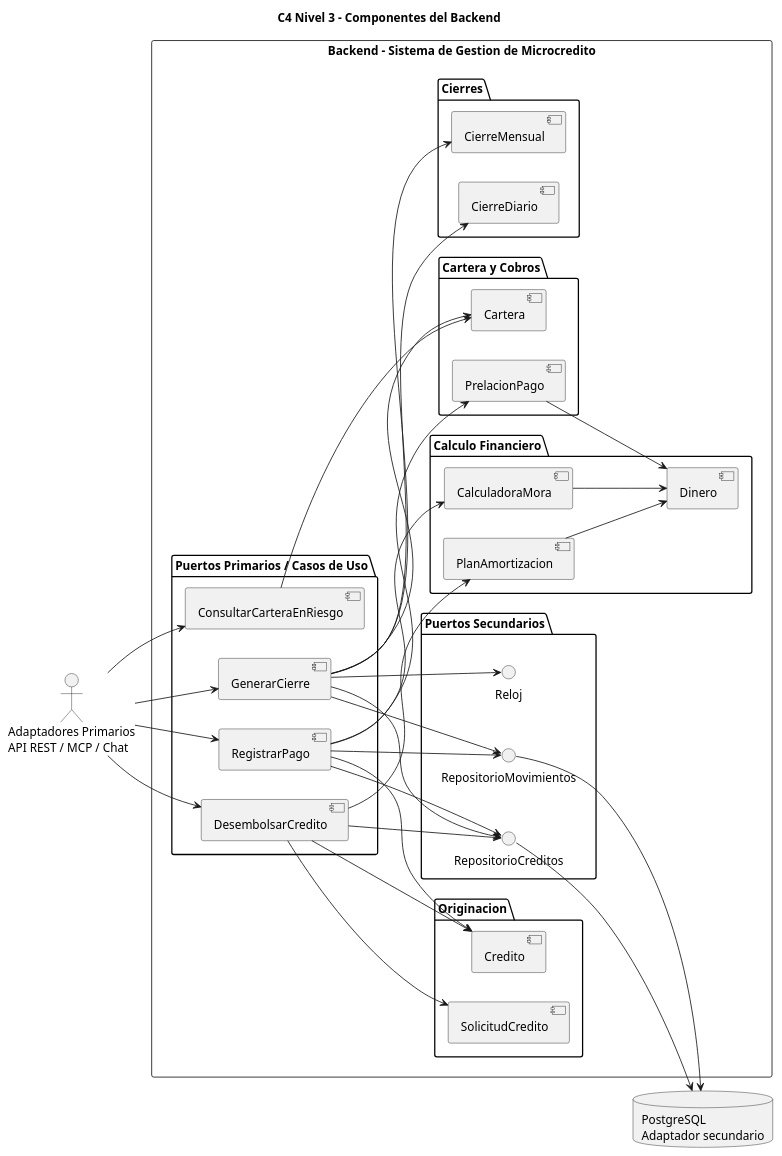
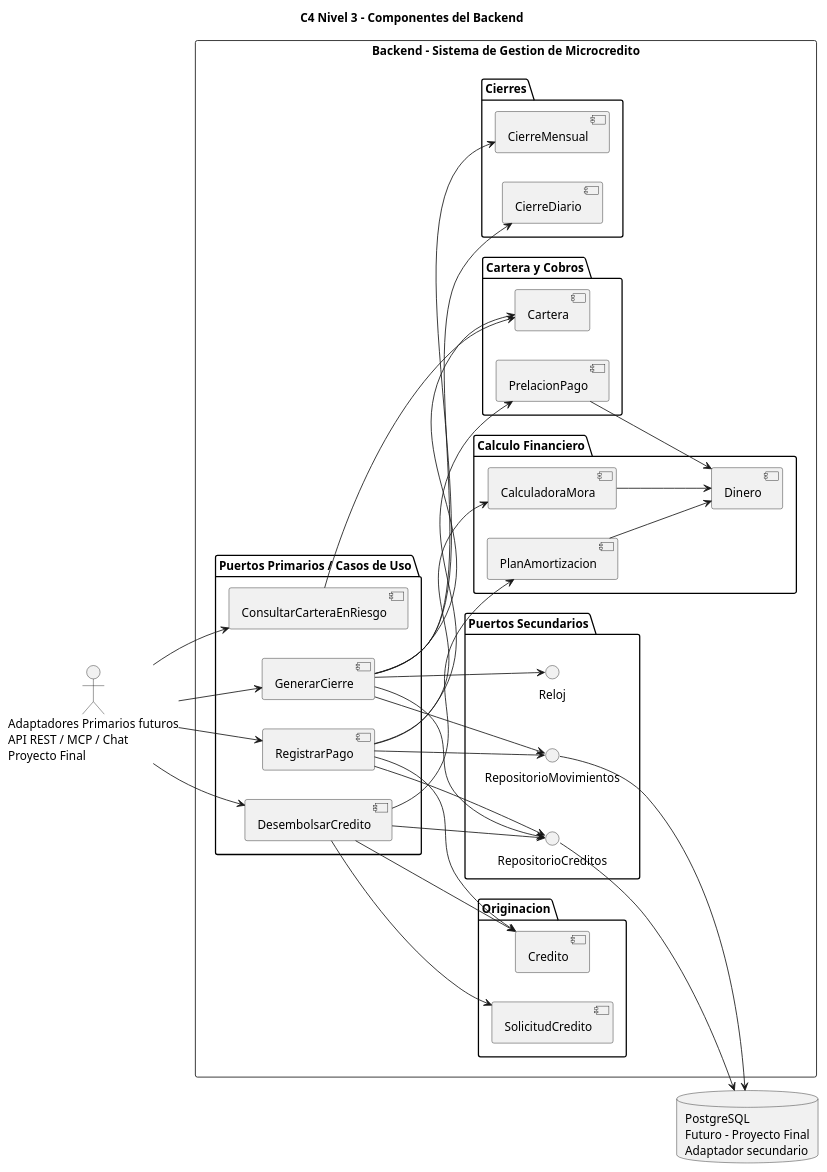
The diagram in docs/diagramas/c4/nivel3-componentes.puml (Willy4994/fintech-microcreditos-grupo01), drawn with PlantUML before and after one commit. The commit also changed 22 other files, not shown here.

Commit message:
Se corrigieron test y UML

```diff
--- a/docs/diagramas/c4/nivel3-componentes.puml
+++ b/docs/diagramas/c4/nivel3-componentes.puml
@@ -1,81 +1,81 @@
 @startuml
 title C4 Nivel 3 - Componentes del Backend
 
 skinparam shadowing false
 left to right direction
 
-actor "Adaptadores Primarios\nAPI REST / MCP / Chat" as Primarios
+actor "Adaptadores Primarios futuros\nAPI REST / MCP / Chat\nProyecto Final" as Primarios
 
 rectangle "Backend - Sistema de Gestion de Microcredito" {
 
     package "Puertos Primarios / Casos de Uso" {
         component "DesembolsarCredito" as Desembolsar
         component "RegistrarPago" as RegistrarPago
         component "GenerarCierre" as GenerarCierre
         component "ConsultarCarteraEnRiesgo" as ConsultarRiesgo
     }
 
     package "Originacion" {
         component "SolicitudCredito" as Solicitud
         component "Credito" as Credito
     }
 
     package "Calculo Financiero" {
         component "Dinero" as Dinero
         component "PlanAmortizacion" as Plan
         component "CalculadoraMora" as Mora
     }
 
     package "Cartera y Cobros" {
         component "PrelacionPago" as Prelacion
         component "Cartera" as Cartera
     }
 
     package "Cierres" {
         component "CierreDiario" as CierreDiario
         component "CierreMensual" as CierreMensual
     }
 
     package "Puertos Secundarios" {
         interface "RepositorioCreditos" as RepoCreditos
         interface "RepositorioMovimientos" as RepoMovimientos
         interface "Reloj" as Reloj
     }
 }
 
-database "PostgreSQL\nAdaptador secundario" as DB
+database "PostgreSQL\nFuturo - Proyecto Final\nAdaptador secundario" as DB
 
 Primarios --> Desembolsar
 Primarios --> RegistrarPago
 Primarios --> GenerarCierre
 Primarios --> ConsultarRiesgo
 
 Desembolsar --> Solicitud
 Desembolsar --> Credito
 Desembolsar --> Plan
 
 RegistrarPago --> Credito
 RegistrarPago --> Mora
 RegistrarPago --> Prelacion
 
 GenerarCierre --> CierreDiario
 GenerarCierre --> CierreMensual
 GenerarCierre --> Cartera
 GenerarCierre --> Reloj
 
 ConsultarRiesgo --> Cartera
 
 Plan --> Dinero
 Mora --> Dinero
 Prelacion --> Dinero
 
 Desembolsar --> RepoCreditos
 RegistrarPago --> RepoCreditos
 RegistrarPago --> RepoMovimientos
 GenerarCierre --> RepoCreditos
 GenerarCierre --> RepoMovimientos
 
 RepoCreditos --> DB
 RepoMovimientos --> DB
 
 @enduml
```
